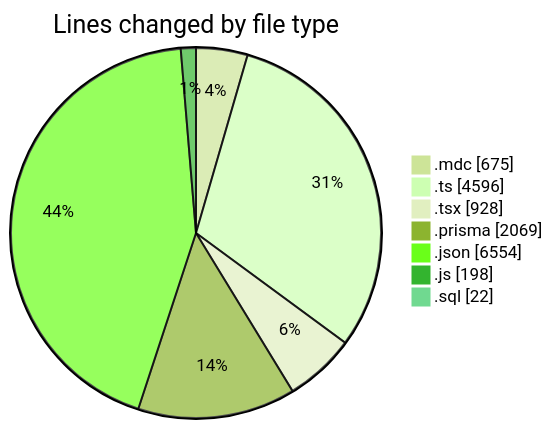
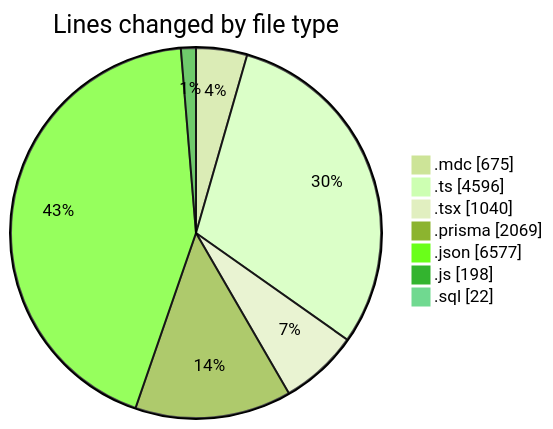
Before and after one commit to CELIANVF/code-tracking: the first of 2 diagrams in 2025-06-05/ecodeli-1/README.md, drawn with Mermaid (forest theme). The commit also changed other lines of this file and 1 other file, not shown here.

````diff
--- a/2025-06-05/ecodeli-1/README.md
+++ b/2025-06-05/ecodeli-1/README.md
@@ -42,11 +45,11 @@
 ```mermaid
 pie showData
 title Lines changed by file type
 ".mdc" : 675
 ".ts" : 4596
-".tsx" : 928
+".tsx" : 1040
 ".prisma" : 2069
-".json" : 6554
+".json" : 6577
 ".js" : 198
 ".sql" : 22
 ```
````
